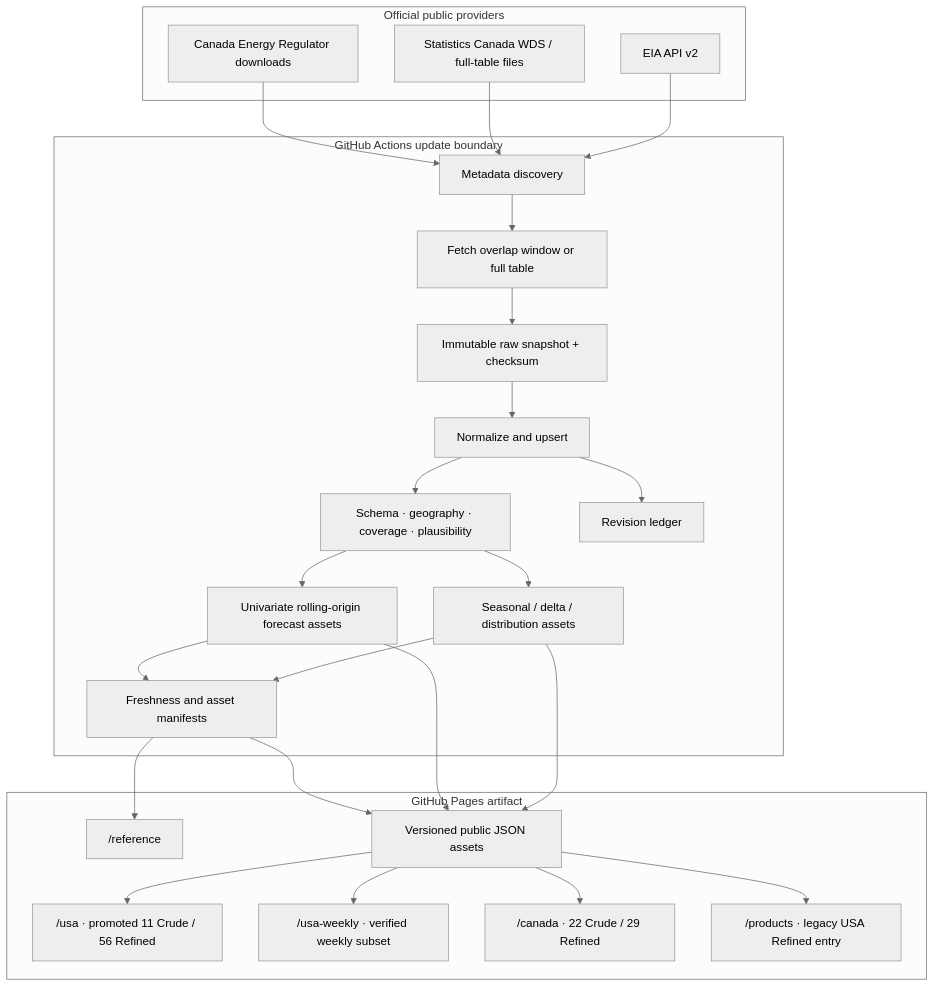
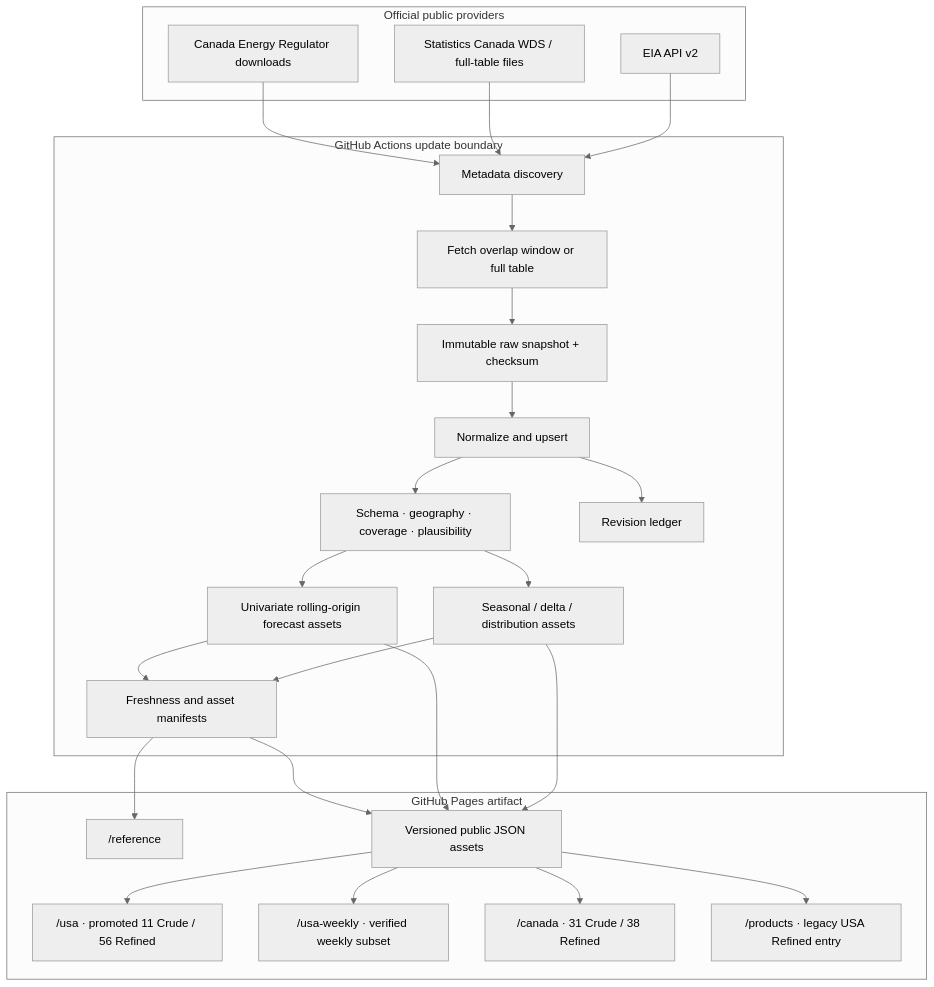
Before and after one commit to Aftikharmnz/USA_Canada_public_data_oil_and_gas_01: the diagram in docs/architecture.md, drawn with Mermaid (neutral theme). The commit also changed other lines of this file and 1770 other files, not shown here.

Commit message:
Add Canada pipeline movements and richer charts

````diff
--- a/docs/architecture.md
+++ b/docs/architecture.md
@@ -15,44 +15,44 @@
 ```mermaid
 flowchart TB
     subgraph Upstream["Official public providers"]
       EIA["EIA API v2"]
       STC["Statistics Canada WDS / full-table files"]
       CER["Canada Energy Regulator downloads"]
     end
 
     subgraph Update["GitHub Actions update boundary"]
       Discover["Metadata discovery"]
       Fetch["Fetch overlap window or full table"]
       Raw["Immutable raw snapshot + checksum"]
       Canon["Normalize and upsert"]
       Validate["Schema · geography · coverage · plausibility"]
       Rev["Revision ledger"]
       Derive["Seasonal / delta / distribution assets"]
       Forecast["Univariate rolling-origin forecast assets"]
       Manifest["Freshness and asset manifests"]
     end
 
     subgraph Static["GitHub Pages artifact"]
       USA["/usa · promoted 11 Crude / 56 Refined"]
       USAWeekly["/usa-weekly · verified weekly subset"]
-      CAN["/canada · 22 Crude / 29 Refined"]
+      CAN["/canada · 31 Crude / 38 Refined"]
       Reference["/reference"]
       Legacy["/products · legacy USA Refined entry"]
       Data["Versioned public JSON assets"]
     end
 
     EIA --> Discover
     STC --> Discover
     CER --> Discover
     Discover --> Fetch --> Raw --> Canon --> Validate
     Canon --> Rev
     Validate --> Derive --> Data
     Validate --> Forecast --> Data
     Derive --> Manifest --> Data
     Forecast --> Manifest
     Data --> USA
     Data --> USAWeekly
     Data --> CAN
     Manifest --> Reference
     Data --> Legacy
 ```
````
